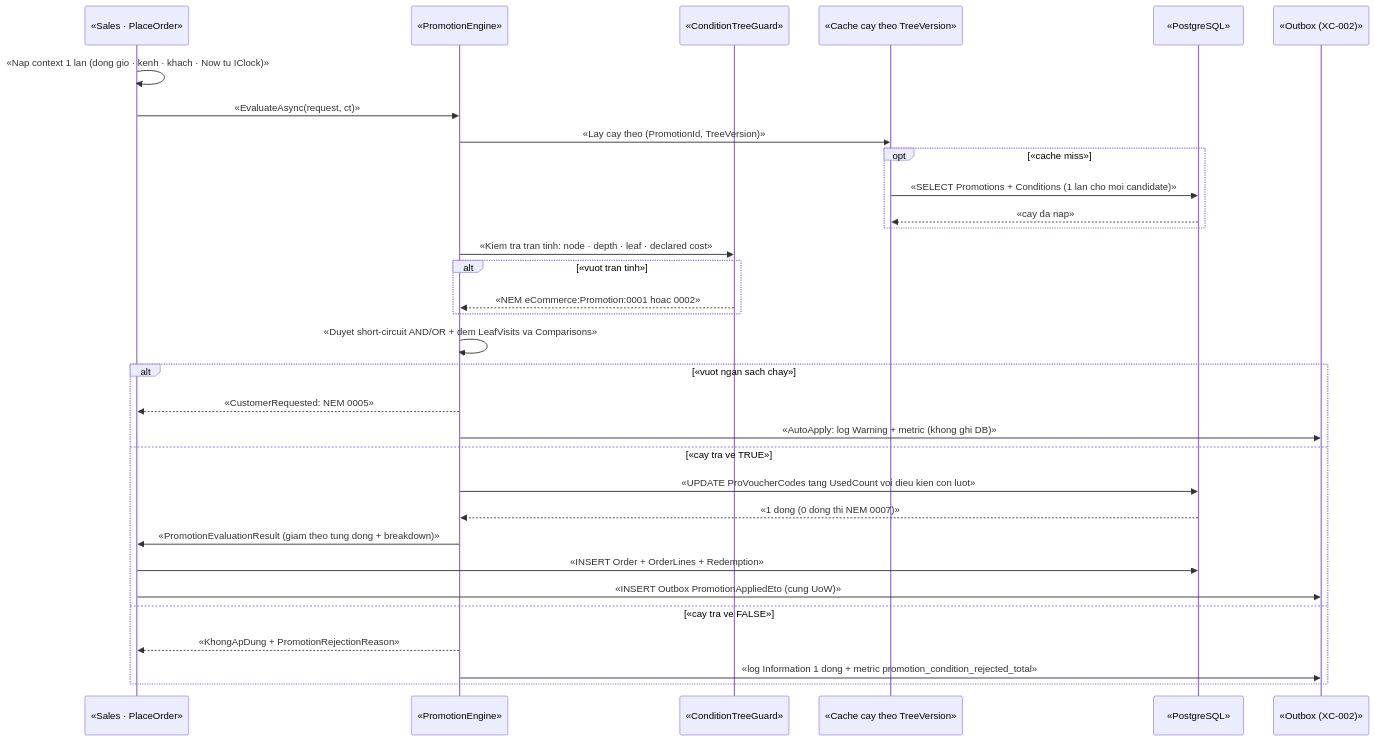
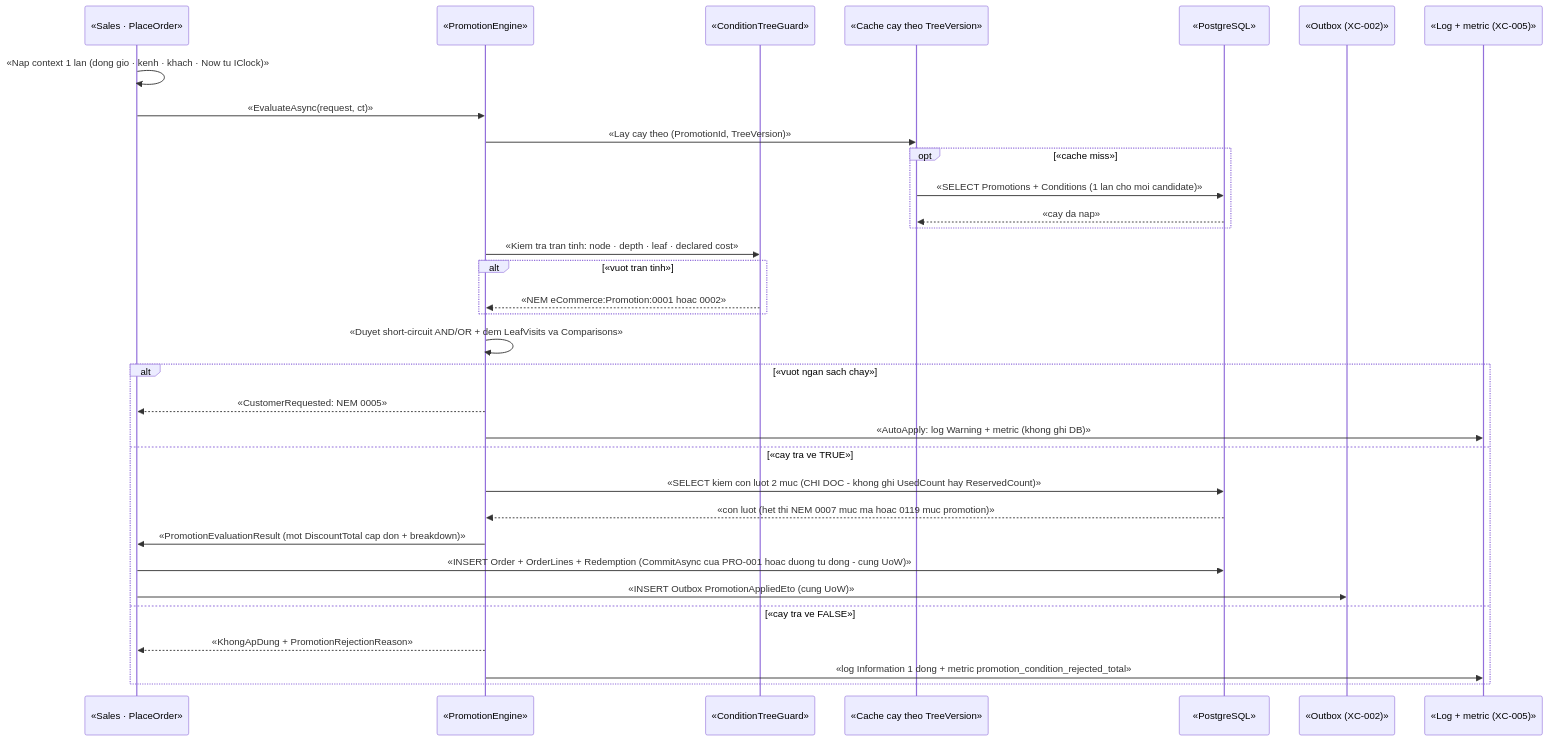
Before and after one commit to hungnt9801/eCommerce: the second of 3 diagrams in docs/features/promotions/pro-002-cay-dieu-kien-engine-khuyen-mai.md, drawn with Mermaid. The commit also changed other lines of this file and 6 other files, not shown here.

````diff
--- a/docs/features/promotions/pro-002-cay-dieu-kien-engine-khuyen-mai.md
+++ b/docs/features/promotions/pro-002-cay-dieu-kien-engine-khuyen-mai.md
@@ -197,35 +202,36 @@
 ```mermaid
 sequenceDiagram
     participant SAL as «Sales · PlaceOrder»
     participant ENG as «PromotionEngine»
     participant GRD as «ConditionTreeGuard»
     participant CAC as «Cache cay theo TreeVersion»
     participant DB as «PostgreSQL»
     participant OUT as «Outbox (XC-002)»
+    participant LOG as «Log + metric (XC-005)»
 
     SAL->>SAL: «Nap context 1 lan (dong gio · kenh · khach · Now tu IClock)»
     SAL->>ENG: «EvaluateAsync(request, ct)»
     ENG->>CAC: «Lay cay theo (PromotionId, TreeVersion)»
     opt «cache miss»
         CAC->>DB: «SELECT Promotions + Conditions (1 lan cho moi candidate)»
         DB-->>CAC: «cay da nap»
     end
     ENG->>GRD: «Kiem tra tran tinh: node · depth · leaf · declared cost»
     alt «vuot tran tinh»
         GRD-->>ENG: «NEM eCommerce:Promotion:0001 hoac 0002»
     end
     ENG->>ENG: «Duyet short-circuit AND/OR + dem LeafVisits va Comparisons»
     alt «vuot ngan sach chay»
         ENG-->>SAL: «CustomerRequested: NEM 0005»
-        ENG->>OUT: «AutoApply: log Warning + metric (khong ghi DB)»
+        ENG->>LOG: «AutoApply: log Warning + metric (khong ghi DB)»
     else «cay tra ve TRUE»
-        ENG->>DB: «UPDATE ProVoucherCodes tang UsedCount voi dieu kien con luot»
-        DB-->>ENG: «1 dong (0 dong thi NEM 0007)»
-        ENG->>SAL: «PromotionEvaluationResult (giam theo tung dong + breakdown)»
-        SAL->>DB: «INSERT Order + OrderLines + Redemption»
+        ENG->>DB: «SELECT kiem con luot 2 muc (CHI DOC - khong ghi UsedCount hay ReservedCount)»
+        DB-->>ENG: «con luot (het thi NEM 0007 muc ma hoac 0119 muc promotion)»
+        ENG->>SAL: «PromotionEvaluationResult (mot DiscountTotal cap don + breakdown)»
+        SAL->>DB: «INSERT Order + OrderLines + Redemption (CommitAsync cua PRO-001 hoac duong tu dong - cung UoW)»
         SAL->>OUT: «INSERT Outbox PromotionAppliedEto (cung UoW)»
     else «cay tra ve FALSE»
         ENG-->>SAL: «KhongApDung + PromotionRejectionReason»
-        ENG->>OUT: «log Information 1 dong + metric promotion_condition_rejected_total»
+        ENG->>LOG: «log Information 1 dong + metric promotion_condition_rejected_total»
     end
 ```
````
